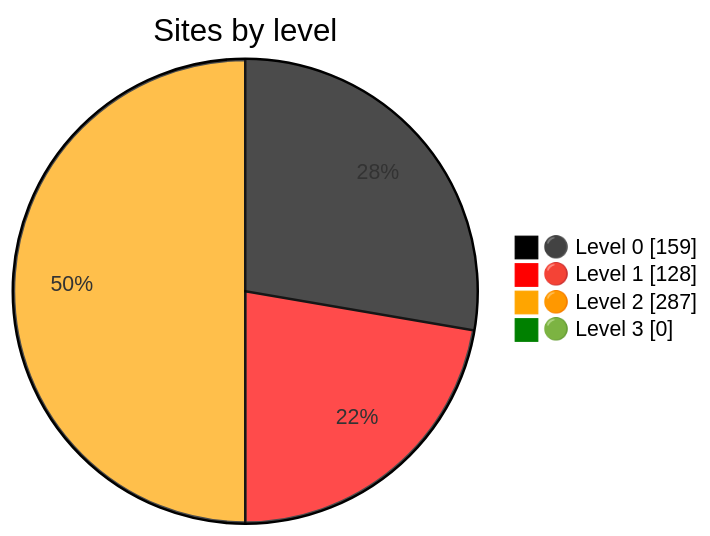
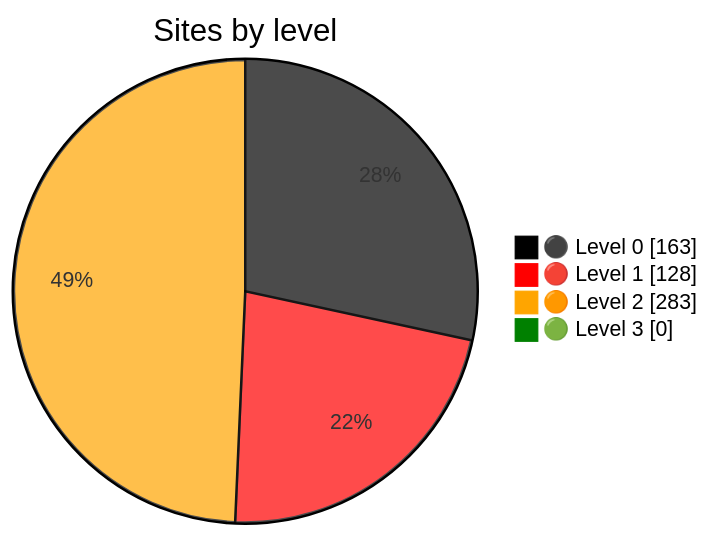
The diagram in README.md (Dushmilan/gov_lk_web_auditor), drawn with Mermaid before and after one commit. The commit also changed other lines of this file and 2591 other files, not shown here.

````diff
--- a/README.md
+++ b/README.md
@@ -24,9 +24,9 @@
 ```mermaid
 %%{init: {"themeVariables":{"pie1":"black","pie2":"red","pie3":"orange","pie4":"green"}}}%%
 pie showData
     title Sites by level
-    "⚫ Level 0" : 159
+    "⚫ Level 0" : 163
     "🔴 Level 1" : 128
-    "🟠 Level 2" : 287
+    "🟠 Level 2" : 283
     "🟢 Level 3" : 0
 ```
````
